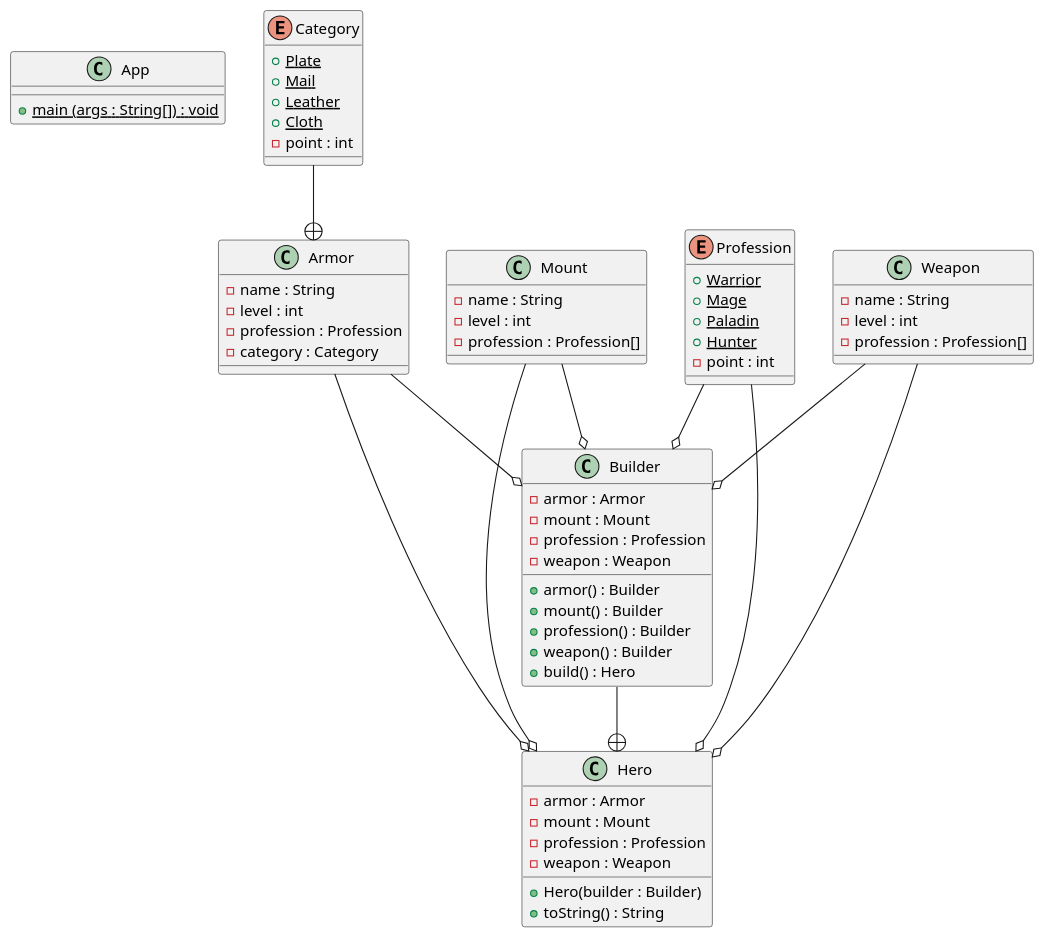
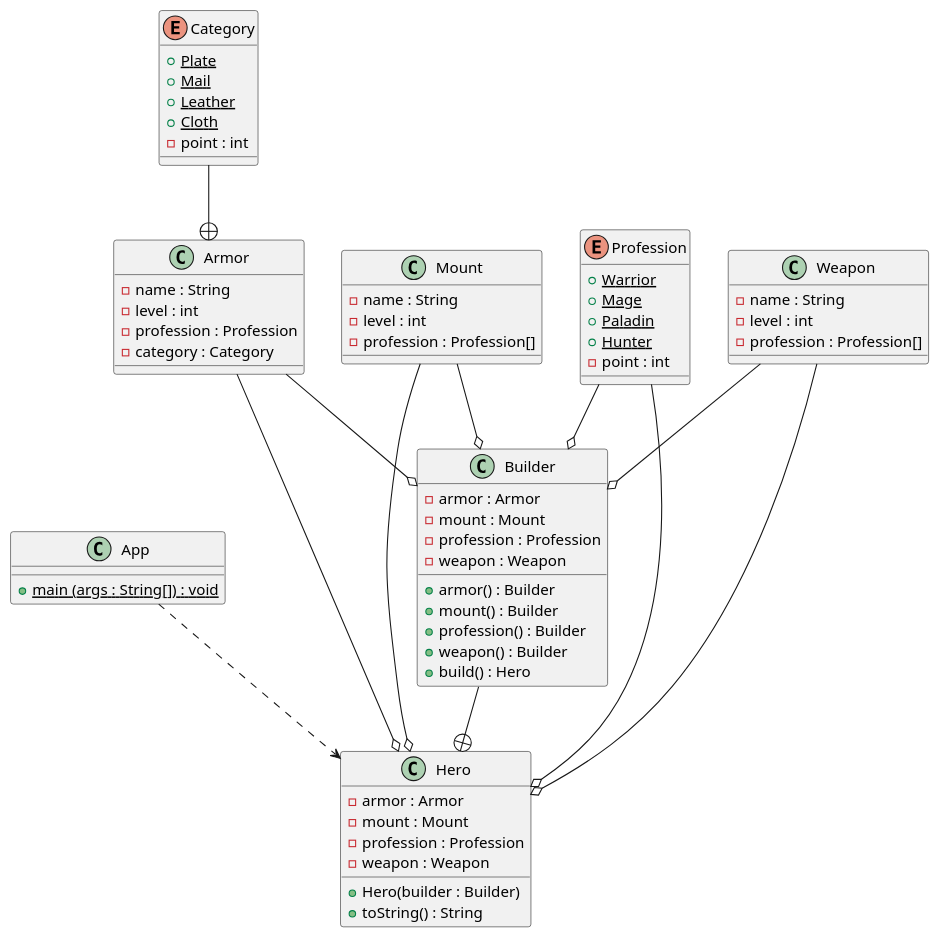
Before and after one commit to bsyonline/microlabs: the diagram in design-pattern/src/main/java/com/rolex/microlabs/creational/builder/uml/builder.puml, drawn with PlantUML.

```diff
--- a/design-pattern/src/main/java/com/rolex/microlabs/creational/builder/uml/builder.puml
+++ b/design-pattern/src/main/java/com/rolex/microlabs/creational/builder/uml/builder.puml
@@ -1,75 +1,76 @@
 @startuml
 
 class App {
     + main (args : String[]) {static} : void
 }
 
 class Hero {
     - armor : Armor
     - mount : Mount
     - profession : Profession
     - weapon : Weapon
     + Hero(builder : Builder)
     + toString() : String
 }
 
 class Builder {
     - armor : Armor
     - mount : Mount
     - profession : Profession
     - weapon : Weapon
     + armor() : Builder
     + mount() : Builder
     + profession() : Builder
     + weapon() : Builder
     + build() : Hero
 }
 
 class Armor {
     - name : String
     - level : int
     - profession : Profession
     - category : Category
 }
 
 enum Category {
     + Plate {static}
     + Mail {static}
     + Leather {static}
     + Cloth {static}
     - point : int
 }
 
 class Mount {
     - name : String
     - level : int
     - profession : Profession[]
 }
 
 enum Profession {
     + Warrior {static}
     + Mage {static}
     + Paladin {static}
     + Hunter {static}
     - point : int
 }
 
 class Weapon {
     - name : String
     - level : int
     - profession : Profession[]
 }
 
 Builder --+ Hero
 Armor --o Builder
 Mount --o Builder
 Profession --o Builder
 Weapon --o Builder
 Armor --o Hero
 Mount --o Hero
 Profession --o Hero
 Weapon --o Hero
+App ..> Hero
 
 Category --+ Armor
 
 @enduml
```
